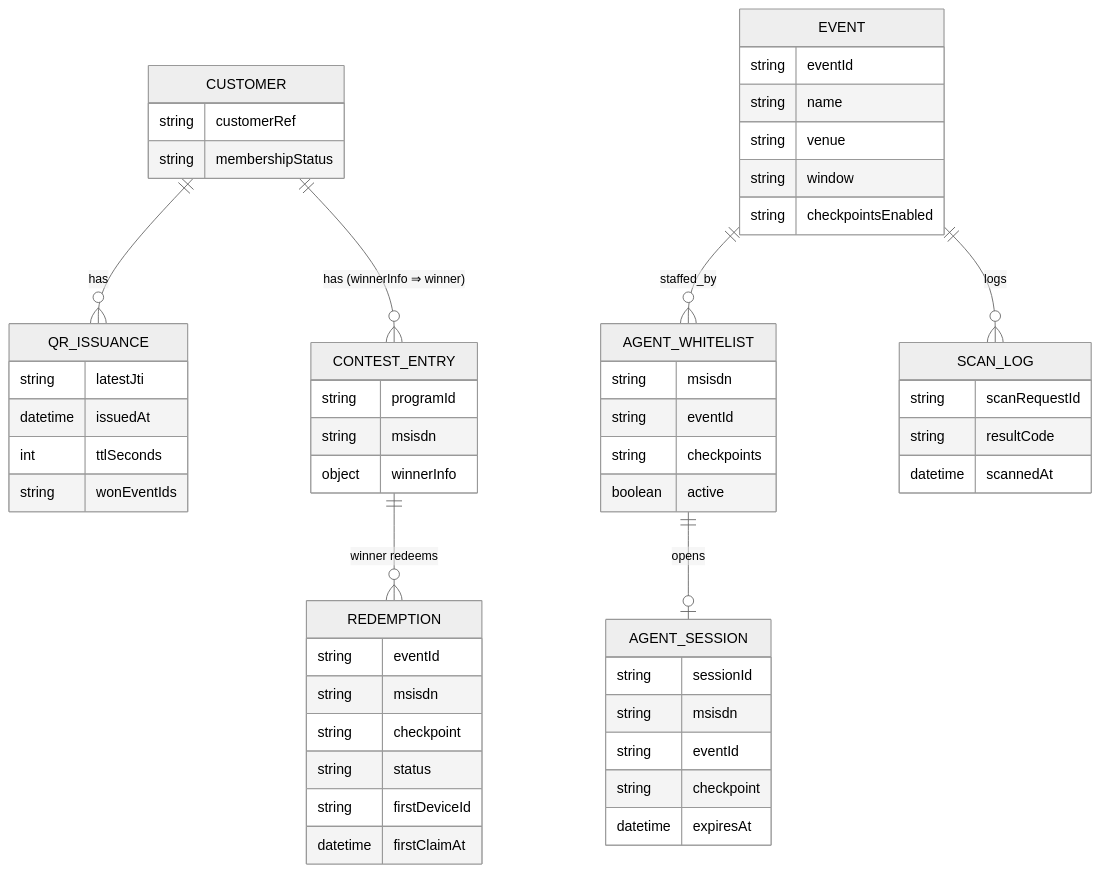
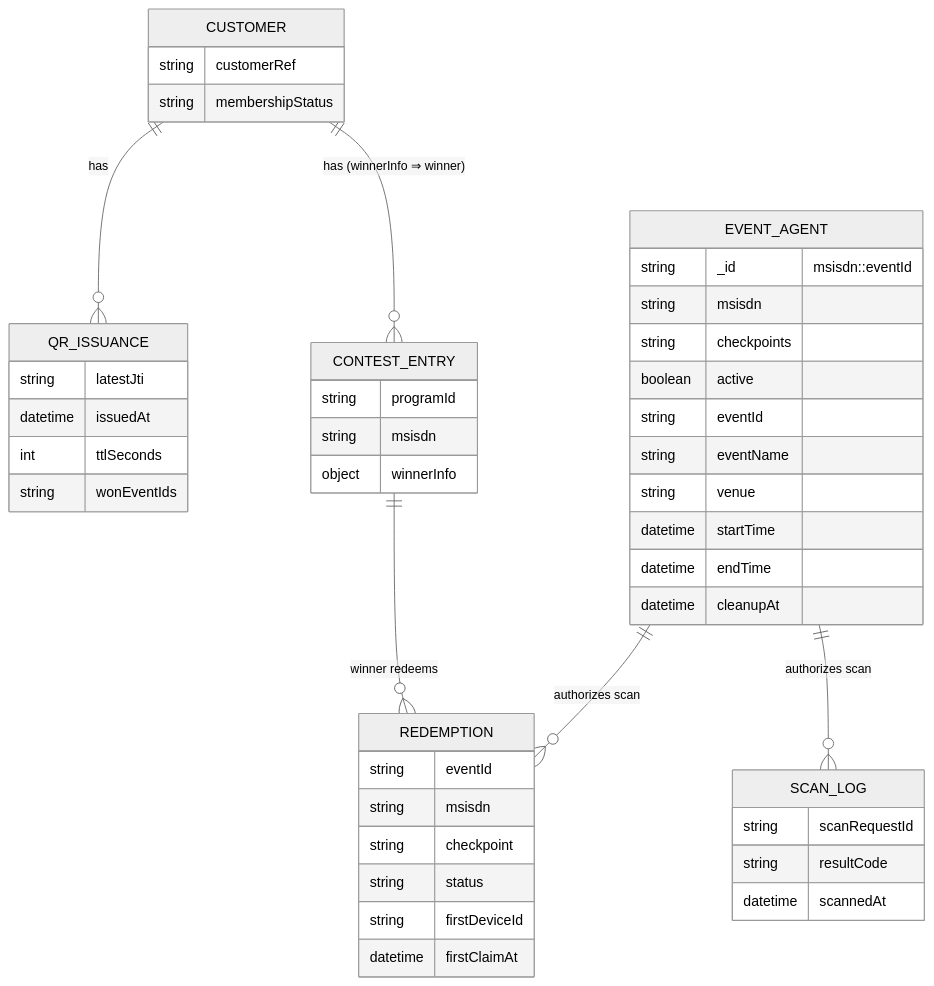
One commit to Amitpawar503/lazzy changed the sixth of 16 diagrams in docs/digital-membership/03-hld.md. Above: the diagram before and after it, drawn with Mermaid (neutral theme). The commit also changed other lines of this file and 33 other files, not shown here.

````diff
--- a/docs/digital-membership/03-hld.md
+++ b/docs/digital-membership/03-hld.md
@@ -249,58 +248,49 @@
 ```mermaid
 erDiagram
   CUSTOMER ||--o{ QR_ISSUANCE : has
   CUSTOMER ||--o{ CONTEST_ENTRY : "has (winnerInfo ⇒ winner)"
   CONTEST_ENTRY ||--o{ REDEMPTION : "winner redeems"
-  EVENT ||--o{ AGENT_WHITELIST : staffed_by
-  AGENT_WHITELIST ||--o| AGENT_SESSION : opens
-  EVENT ||--o{ SCAN_LOG : logs
+  EVENT_AGENT ||--o{ REDEMPTION : "authorizes scan"
+  EVENT_AGENT ||--o{ SCAN_LOG : "authorizes scan"
 
   CUSTOMER {
     string customerRef
     string membershipStatus
   }
   QR_ISSUANCE {
     string latestJti
     datetime issuedAt
     int ttlSeconds
     string wonEventIds
   }
-  EVENT {
+  EVENT_AGENT {
+    string _id "msisdn::eventId"
+    string msisdn
+    string checkpoints
+    boolean active
     string eventId
-    string name
+    string eventName
     string venue
-    string window
-    string checkpointsEnabled
+    datetime startTime
+    datetime endTime
+    datetime cleanupAt
   }
   CONTEST_ENTRY {
     string programId
     string msisdn
     object winnerInfo
   }
   REDEMPTION {
     string eventId
     string msisdn
     string checkpoint
     string status
     string firstDeviceId
     datetime firstClaimAt
   }
-  AGENT_WHITELIST {
-    string msisdn
-    string eventId
-    string checkpoints
-    boolean active
-  }
-  AGENT_SESSION {
-    string sessionId
-    string msisdn
-    string eventId
-    string checkpoint
-    datetime expiresAt
-  }
   SCAN_LOG {
     string scanRequestId
     string resultCode
     datetime scannedAt
   }
 ```
````
